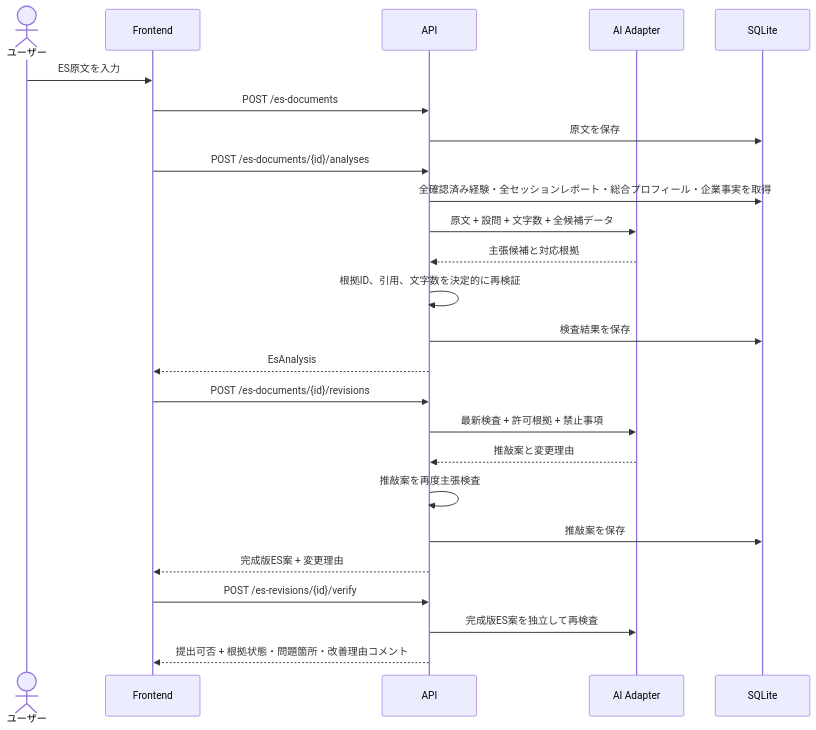
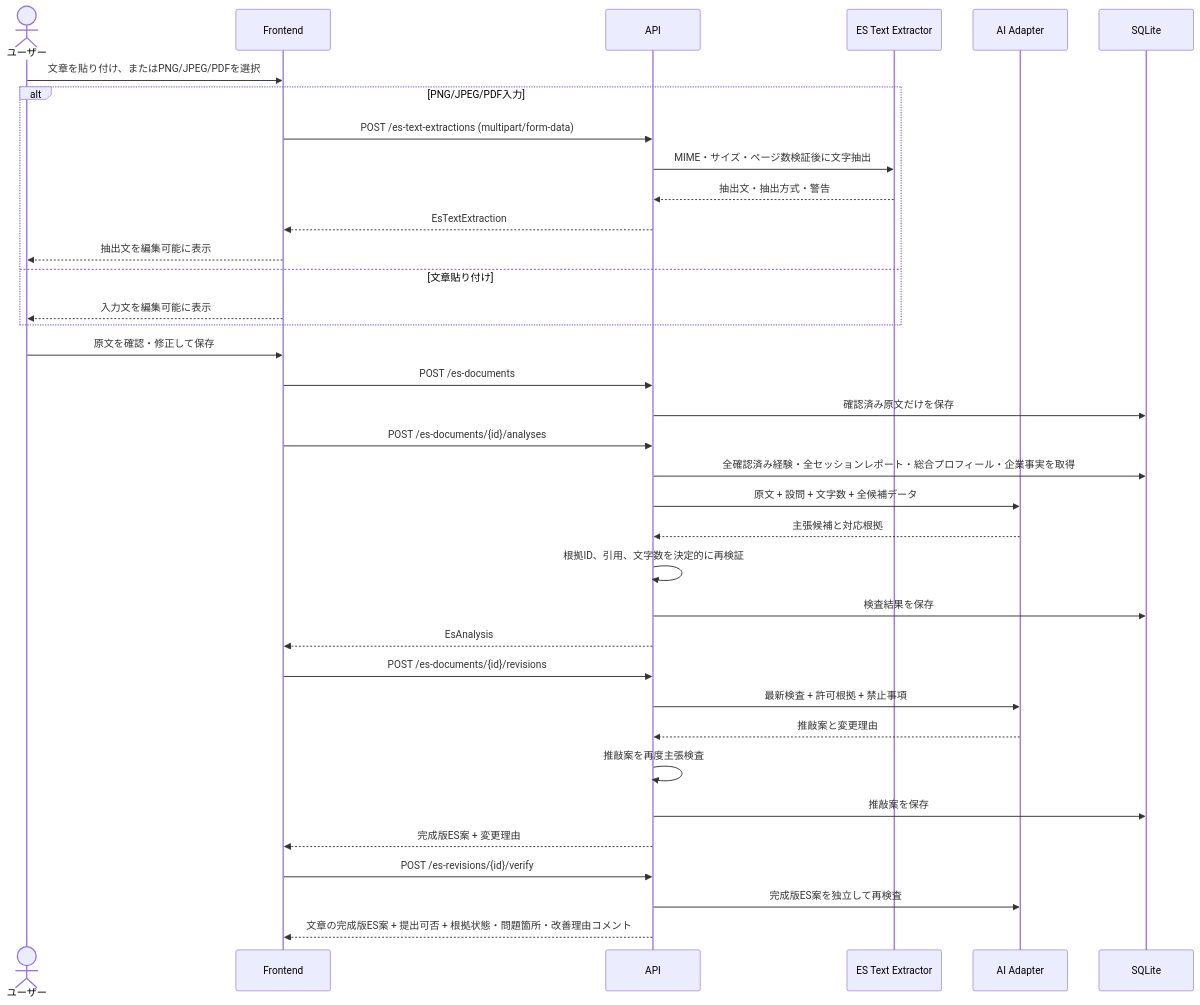
Before and after one commit to HACK-STAGE-STAGE2-teamG-YOZORA/Polaris: the fourth of 5 diagrams in docs/architecture.md, drawn with Mermaid. The commit also changed other lines of this file and 7 other files, not shown here.

````diff
--- a/docs/architecture.md
+++ b/docs/architecture.md
@@ -183,28 +187,39 @@
 ```mermaid
 sequenceDiagram
     actor User as ユーザー
     participant UI as Frontend
     participant API as API
+    participant Extractor as ES Text Extractor
     participant AI as AI Adapter
     participant DB as SQLite
 
-    User->>UI: ES原文を入力
+    User->>UI: 文章を貼り付け、またはPNG/JPEG/PDFを選択
+    alt PNG/JPEG/PDF入力
+        UI->>API: POST /es-text-extractions (multipart/form-data)
+        API->>Extractor: MIME・サイズ・ページ数検証後に文字抽出
+        Extractor-->>API: 抽出文・抽出方式・警告
+        API-->>UI: EsTextExtraction
+        UI-->>User: 抽出文を編集可能に表示
+    else 文章貼り付け
+        UI-->>User: 入力文を編集可能に表示
+    end
+    User->>UI: 原文を確認・修正して保存
     UI->>API: POST /es-documents
-    API->>DB: 原文を保存
+    API->>DB: 確認済み原文だけを保存
     UI->>API: POST /es-documents/{id}/analyses
     API->>DB: 全確認済み経験・全セッションレポート・総合プロフィール・企業事実を取得
     API->>AI: 原文 + 設問 + 文字数 + 全候補データ
     AI-->>API: 主張候補と対応根拠
     API->>API: 根拠ID、引用、文字数を決定的に再検証
     API->>DB: 検査結果を保存
     API-->>UI: EsAnalysis
     UI->>API: POST /es-documents/{id}/revisions
     API->>AI: 最新検査 + 許可根拠 + 禁止事項
     AI-->>API: 推敲案と変更理由
     API->>API: 推敲案を再度主張検査
     API->>DB: 推敲案を保存
     API-->>UI: 完成版ES案 + 変更理由
     UI->>API: POST /es-revisions/{id}/verify
     API->>AI: 完成版ES案を独立して再検査
-    API-->>UI: 提出可否 + 根拠状態・問題箇所・改善理由コメント
+    API-->>UI: 文章の完成版ES案 + 提出可否 + 根拠状態・問題箇所・改善理由コメント
 ```
````
